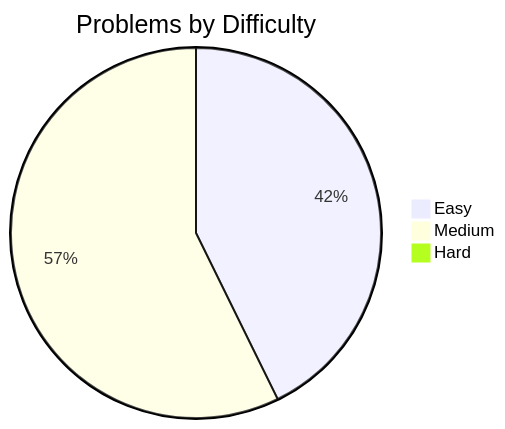
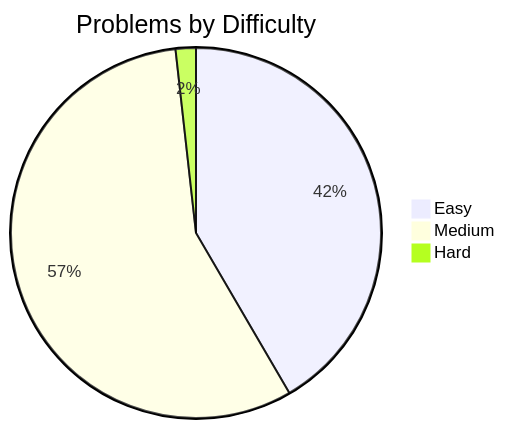
The first of 2 diagrams in readme.md (Jasjeet-Singh-S/100-days-DSA), drawn with Mermaid before and after one commit. The commit also changed other lines of this file and 2 other files, not shown here.

````diff
--- a/readme.md
+++ b/readme.md
@@ -19,6 +19,6 @@
 ```mermaid
 pie title Problems by Difficulty
     "Easy" : 47
-    "Medium" : 63
-    "Hard" : 1
+    "Medium" : 64
+    "Hard" : 2
 ```
````
